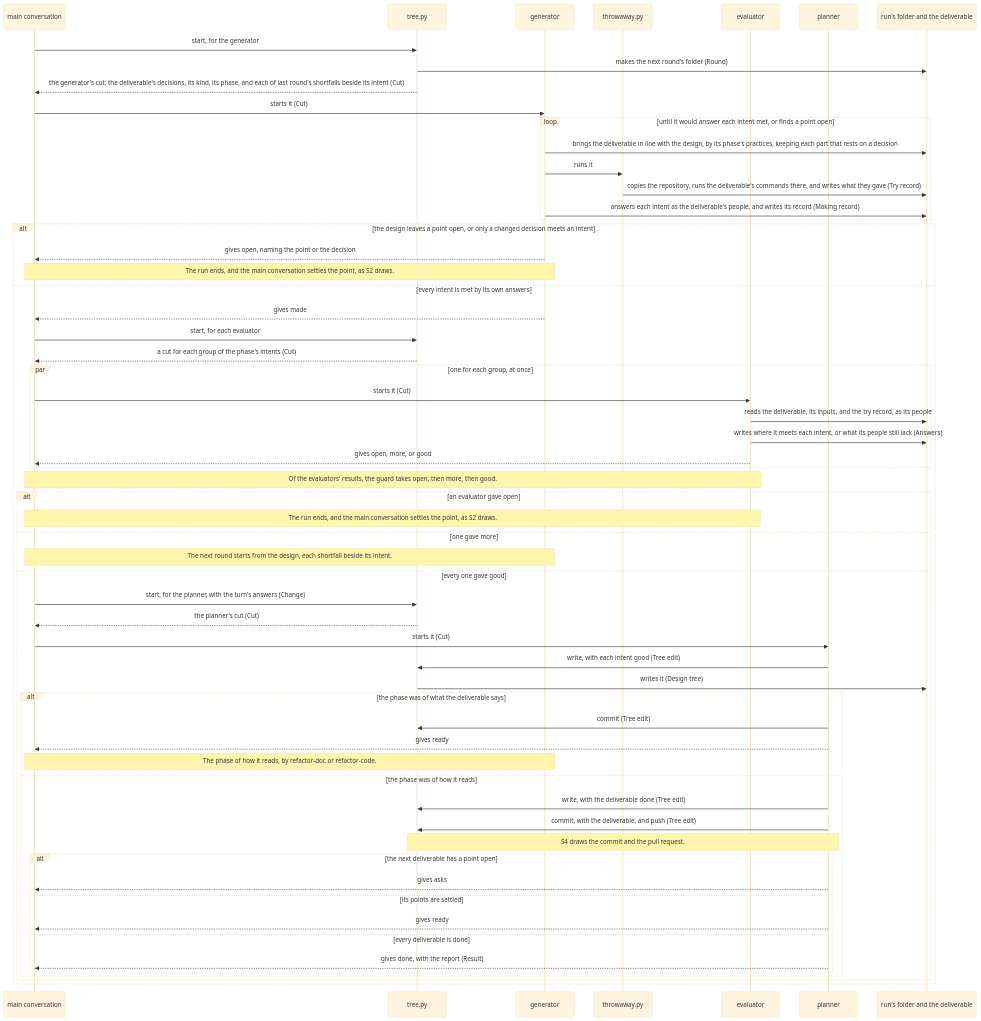
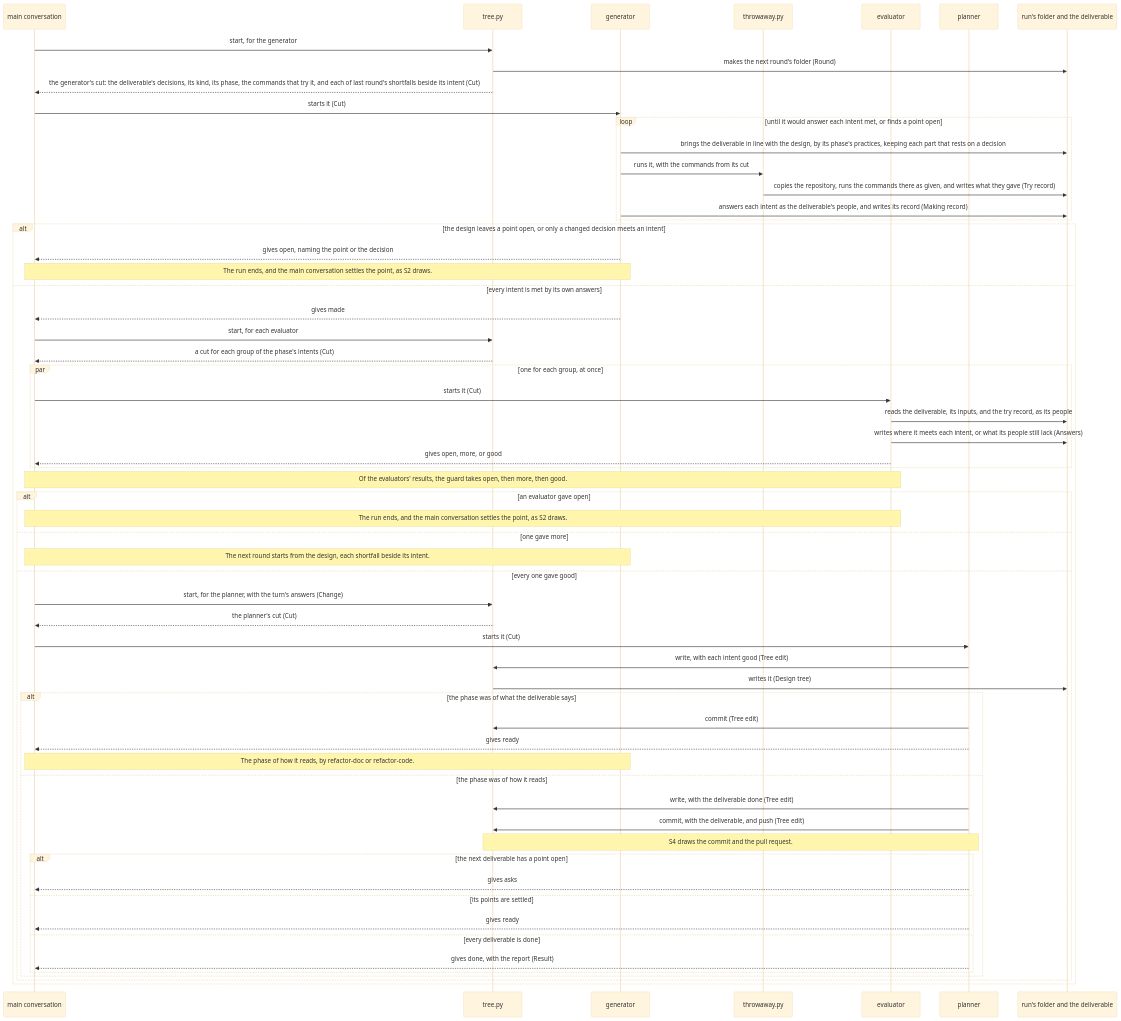
The third of 6 diagrams in dev/rn/architecture.md (lovaizu/ccpm), drawn with Mermaid (base theme) before and after one commit. The commit also changed other lines of this file and 8 other files, not shown here.

````diff
--- a/dev/rn/architecture.md
+++ b/dev/rn/architecture.md
@@ -468,62 +485,62 @@
 ```mermaid
 sequenceDiagram
   participant M as main conversation
   participant T as tree.py
   participant G as generator
   participant W as throwaway.py
   participant E as evaluator
   participant P as planner
   participant R as run's folder and the deliverable
   M->>T: start, for the generator
   T->>R: makes the next round's folder (Round)
-  T-->>M: the generator's cut: the deliverable's decisions, its kind, its phase, and each of last round's shortfalls beside its intent (Cut)
+  T-->>M: the generator's cut: the deliverable's decisions, its kind, its phase, the commands that try it, and each of last round's shortfalls beside its intent (Cut)
   M->>G: starts it (Cut)
   loop until it would answer each intent met, or finds a point open
     G->>R: brings the deliverable in line with the design, by its phase's practices, keeping each part that rests on a decision
-    G->>W: runs it
-    W->>R: copies the repository, runs the deliverable's commands there, and writes what they gave (Try record)
+    G->>W: runs it, with the commands from its cut
+    W->>R: copies the repository, runs the commands there as given, and writes what they gave (Try record)
     G->>R: answers each intent as the deliverable's people, and writes its record (Making record)
   end
   alt the design leaves a point open, or only a changed decision meets an intent
     G-->>M: gives open, naming the point or the decision
     Note over M,G: The run ends, and the main conversation settles the point, as S2 draws.
   else every intent is met by its own answers
     G-->>M: gives made
     M->>T: start, for each evaluator
     T-->>M: a cut for each group of the phase's intents (Cut)
     par one for each group, at once
       M->>E: starts it (Cut)
       E->>R: reads the deliverable, its inputs, and the try record, as its people
       E->>R: writes where it meets each intent, or what its people still lack (Answers)
       E-->>M: gives open, more, or good
     end
     Note over M,E: Of the evaluators' results, the guard takes open, then more, then good.
     alt an evaluator gave open
       Note over M,E: The run ends, and the main conversation settles the point, as S2 draws.
     else one gave more
       Note over M,G: The next round starts from the design, each shortfall beside its intent.
     else every one gave good
       M->>T: start, for the planner, with the turn's answers (Change)
       T-->>M: the planner's cut (Cut)
       M->>P: starts it (Cut)
       P->>T: write, with each intent good (Tree edit)
       T->>R: writes it (Design tree)
       alt the phase was of what the deliverable says
         P->>T: commit (Tree edit)
         P-->>M: gives ready
         Note over M,G: The phase of how it reads, by refactor-doc or refactor-code.
       else the phase was of how it reads
         P->>T: write, with the deliverable done (Tree edit)
         P->>T: commit, with the deliverable, and push (Tree edit)
         Note over P,T: S4 draws the commit and the pull request.
         alt the next deliverable has a point open
           P-->>M: gives asks
         else its points are settled
           P-->>M: gives ready
         else every deliverable is done
           P-->>M: gives done, with the report (Result)
         end
       end
     end
   end
 ```
````
